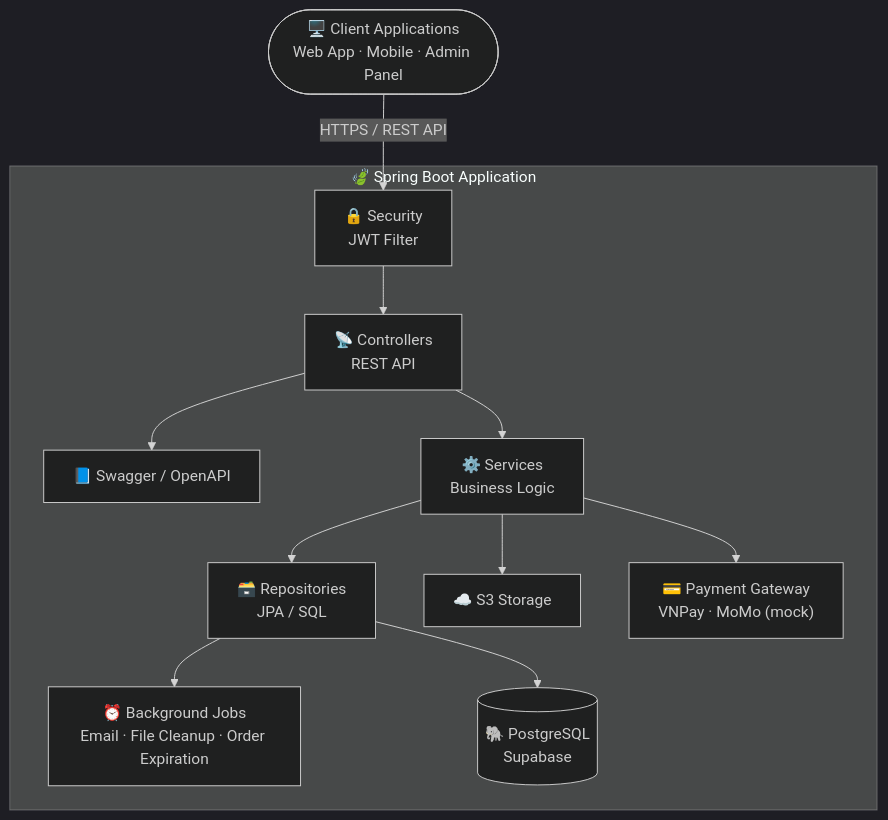
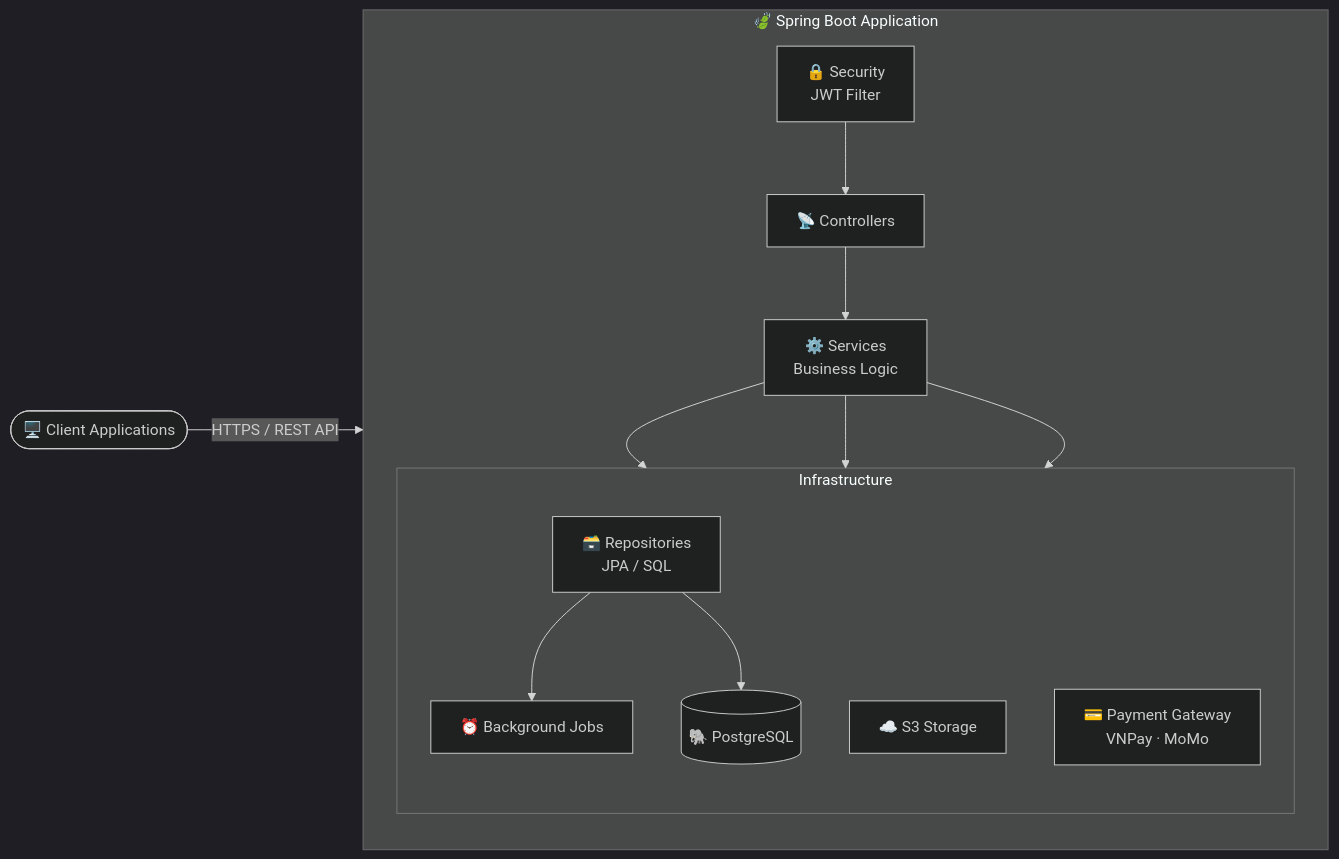
One commit to AriTannia/ebook-reader changed the diagram in README.md. Above: the diagram before and after it, drawn with Mermaid (dark theme). The commit also changed other lines of this file, not shown here.

Commit message:
Modify readme.md 3

````diff
--- a/README.md
+++ b/README.md
@@ -135,27 +134,30 @@
 ```mermaid
-flowchart TD
-    Client(["🖥️ Client Applications\nWeb App · Mobile · Admin Panel"])
+flowchart LR
+    Client(["🖥️ Client Applications"])
 
     Client -- "HTTPS / REST API" --> Security
 
     subgraph app ["🍃 Spring Boot Application"]
+        direction TB
         Security["🔒 Security\nJWT Filter"]
-        Controllers["📡 Controllers\nREST API"]
-        OpenAPI["📘 Swagger / OpenAPI"]
+        Controllers["📡 Controllers"]
         Services["⚙️ Services\nBusiness Logic"]
-        Repos["🗃️ Repositories\nJPA / SQL"]
-        S3["☁️ S3 Storage"]
-        Payment["💳 Payment Gateway\nVNPay · MoMo (mock)"]
-        Scheduler["⏰ Background Jobs\nEmail · File Cleanup · Order Expiration"]
-        DB[("🐘 PostgreSQL\nSupabase")]
+
+        subgraph infra ["Infrastructure"]
+            direction TB
+            Repos["🗃️ Repositories\nJPA / SQL"]
+            S3["☁️ S3 Storage"]
+            Payment["💳 Payment Gateway\nVNPay · MoMo"]
+            Scheduler["⏰ Background Jobs"]
+            DB[("🐘 PostgreSQL")]
+        end
 
         Security --> Controllers
-        Controllers --> OpenAPI
         Controllers --> Services
         Services --> Repos
         Services --> S3
         Services --> Payment
         Repos --> Scheduler
         Repos --> DB
     end
 ```
````
